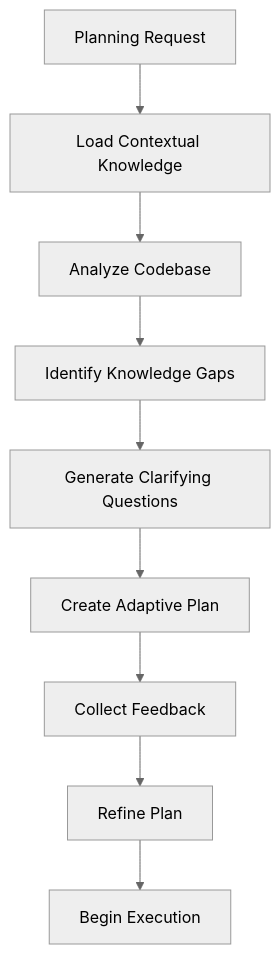
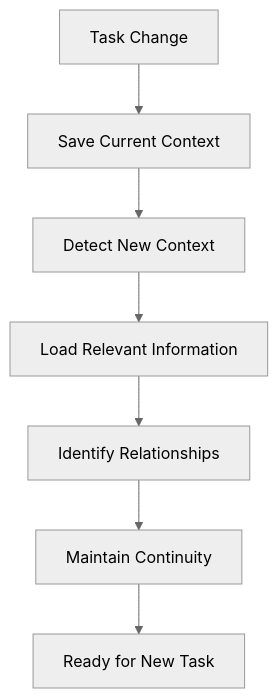
Before and after one commit to ishwar-chandra/llm-profiles-prompts: the third of 8 diagrams in memorybank.md, drawn with Mermaid (neutral theme). The commit also changed other lines of this file, not shown here.

````diff
--- a/memorybank.md
+++ b/memorybank.md
@@ -159,11 +144,9 @@
 ```mermaid
 flowchart TD
-    Start[Planning Request] --> Context[Load Contextual Knowledge]
-    Context --> CodeAnalysis[Analyze Codebase]
-    CodeAnalysis --> Gap[Identify Knowledge Gaps]
-    Gap --> Questions[Generate Clarifying Questions]
-    Questions --> Plan[Create Adaptive Plan]
-    Plan --> Feedback[Collect Feedback]
-    Feedback --> Refine[Refine Plan]
-    Refine --> Execute[Begin Execution]
+    Start[Task Change] --> Save[Save Current Context]
+    Save --> Detect[Detect New Context]
+    Detect --> Load[Load Relevant Information]
+    Load --> Identify[Identify Relationships]
+    Identify --> Maintain[Maintain Continuity]
+    Maintain --> Ready[Ready for New Task]
 ```
````
